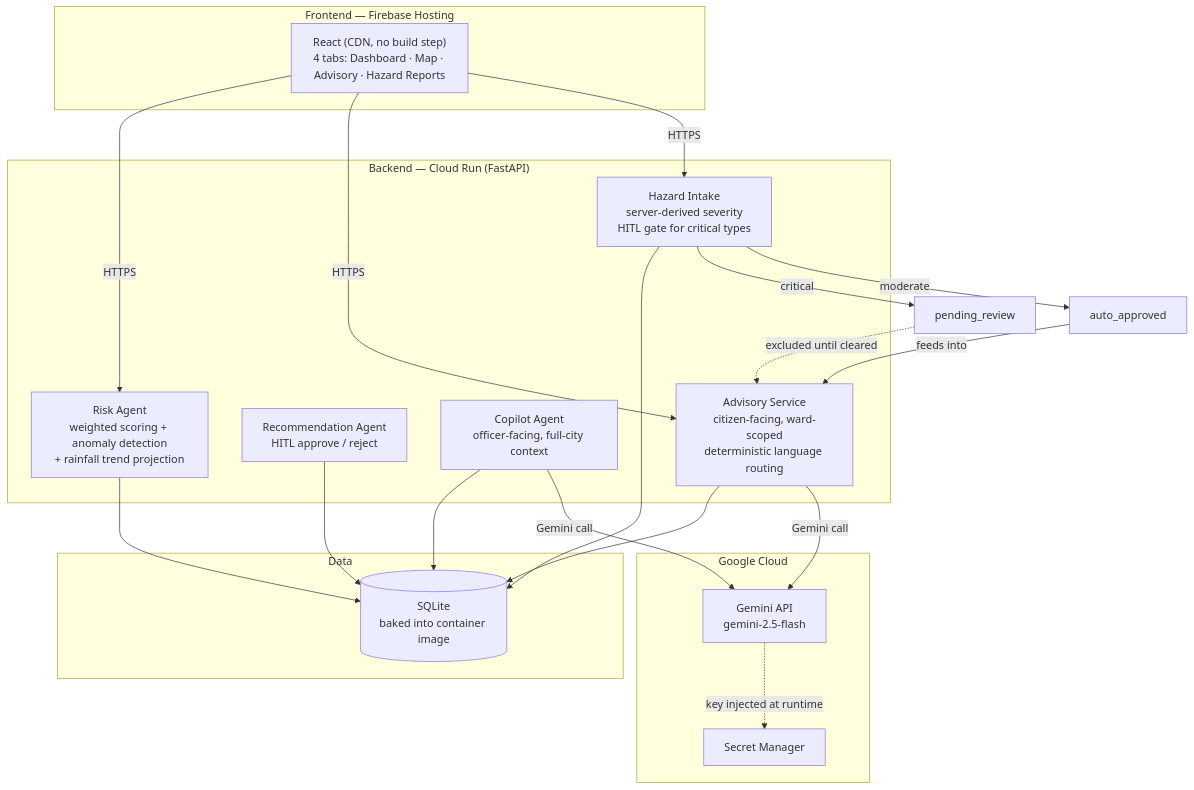
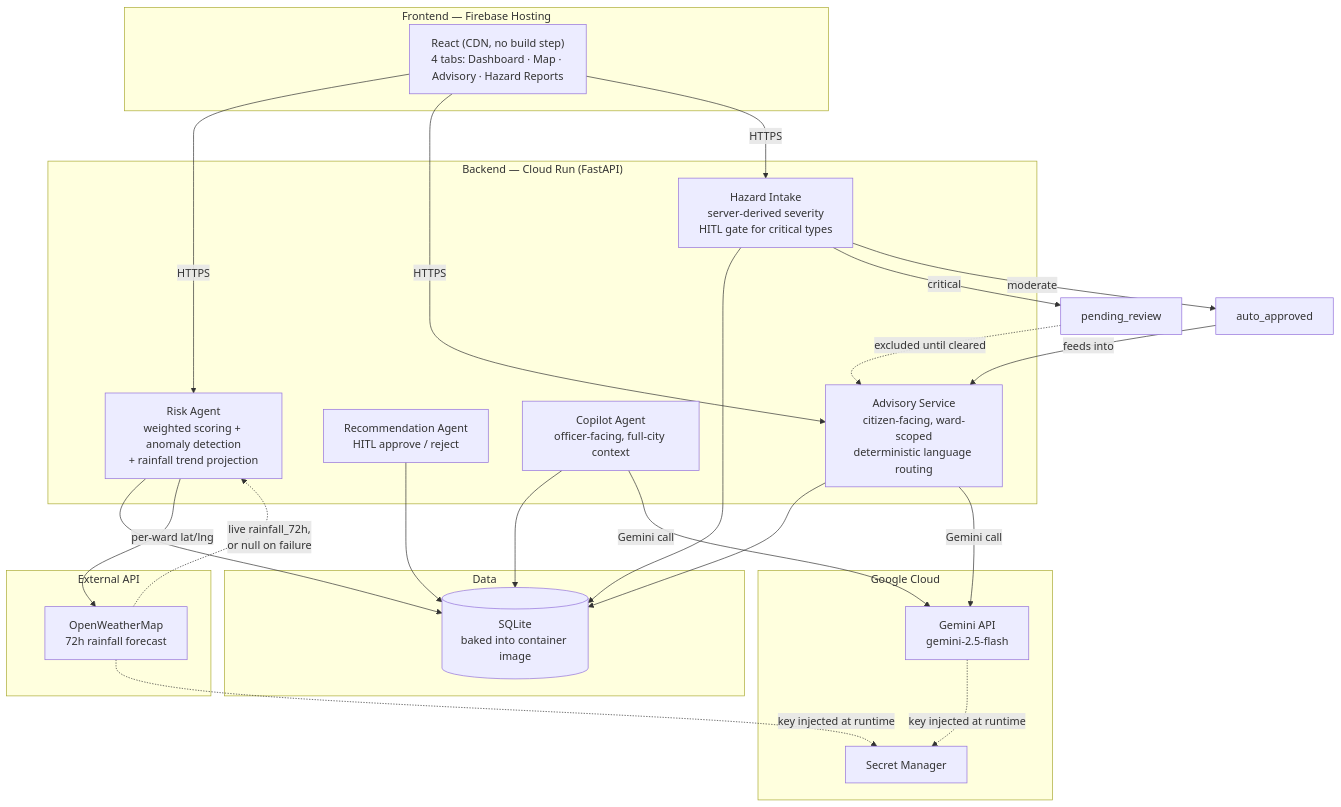
One commit to fariha548/apac-city-resilience-copilot changed the first of 2 diagrams in README.md. Above: the diagram before and after it, drawn with Mermaid. The commit also changed other lines of this file, not shown here.

Commit message:
docs: add live OpenWeatherMap rainfall integration to README

````diff
--- a/README.md
+++ b/README.md
@@ -73,42 +75,49 @@
 ```mermaid
 flowchart TB
     subgraph Client["Frontend — Firebase Hosting"]
         UI["React (CDN, no build step)\n4 tabs: Dashboard · Map · Advisory · Hazard Reports"]
     end
 
     subgraph Backend["Backend — Cloud Run (FastAPI)"]
         RiskAgent["Risk Agent\nweighted scoring + anomaly detection\n+ rainfall trend projection"]
         RecAgent["Recommendation Agent\nHITL approve / reject"]
         Copilot["Copilot Agent\nofficer-facing, full-city context"]
         Advisory["Advisory Service\ncitizen-facing, ward-scoped\ndeterministic language routing"]
         Hazard["Hazard Intake\nserver-derived severity\nHITL gate for critical types"]
     end
 
     subgraph Data["Data"]
         DB[("SQLite\nbaked into container image")]
     end
 
     subgraph Google["Google Cloud"]
         Gemini["Gemini API\ngemini-2.5-flash"]
         Secrets["Secret Manager"]
     end
 
+    subgraph External["External API"]
+        Weather["OpenWeatherMap\n72h rainfall forecast"]
+    end
+
     UI -->|HTTPS| RiskAgent
     UI -->|HTTPS| Advisory
     UI -->|HTTPS| Hazard
 
     RiskAgent --> DB
+    RiskAgent -->|per-ward lat/lng| Weather
+    Weather -.->|live rainfall_72h,\nor null on failure| RiskAgent
     RecAgent --> DB
     Copilot --> DB
     Advisory --> DB
     Hazard --> DB
 
     Copilot -->|Gemini call| Gemini
     Advisory -->|Gemini call| Gemini
     Gemini -.->|key injected at runtime| Secrets
+    Weather -.->|key injected at runtime| Secrets
 
     Hazard -->|critical| Pending["pending_review"]
     Hazard -->|moderate| Auto["auto_approved"]
     Pending -.->|excluded until cleared| Advisory
     Auto -->|feeds into| Advisory
 ```
````
